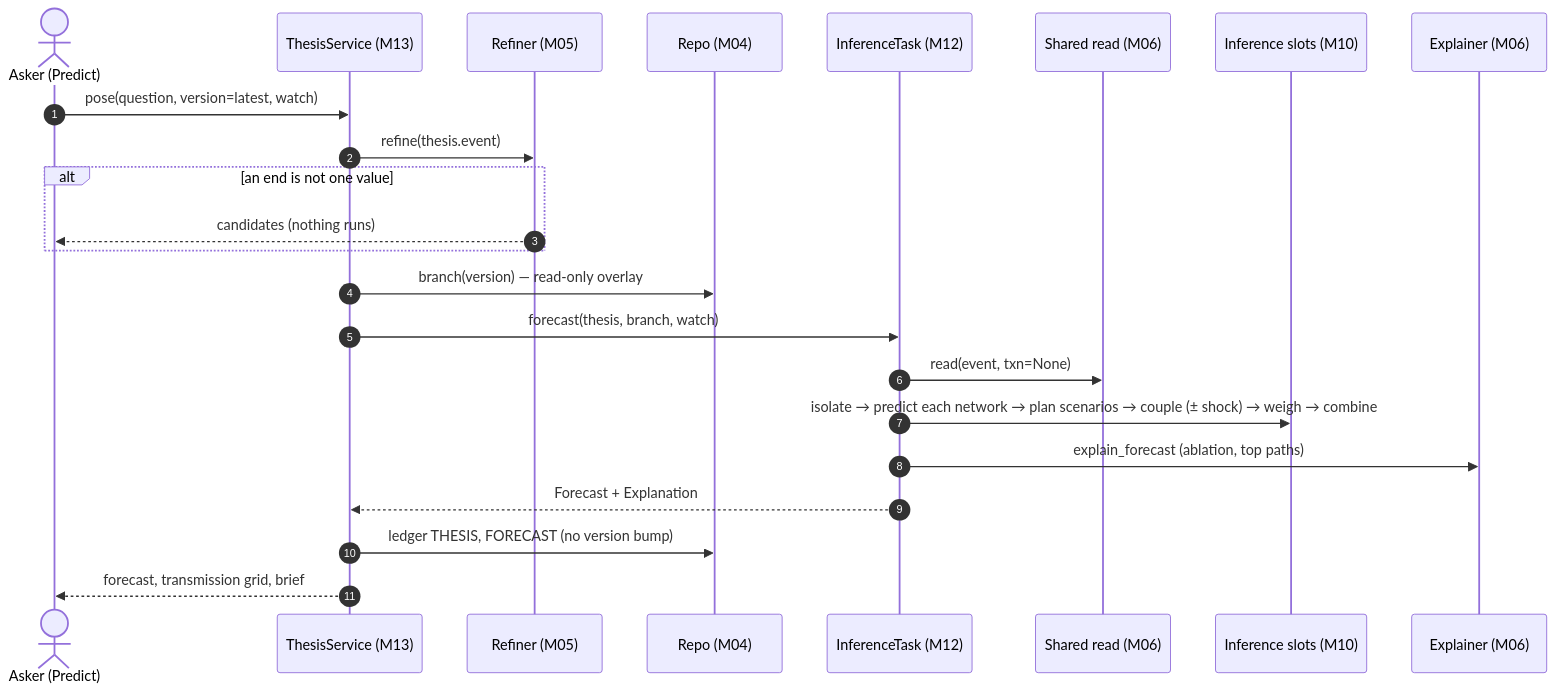
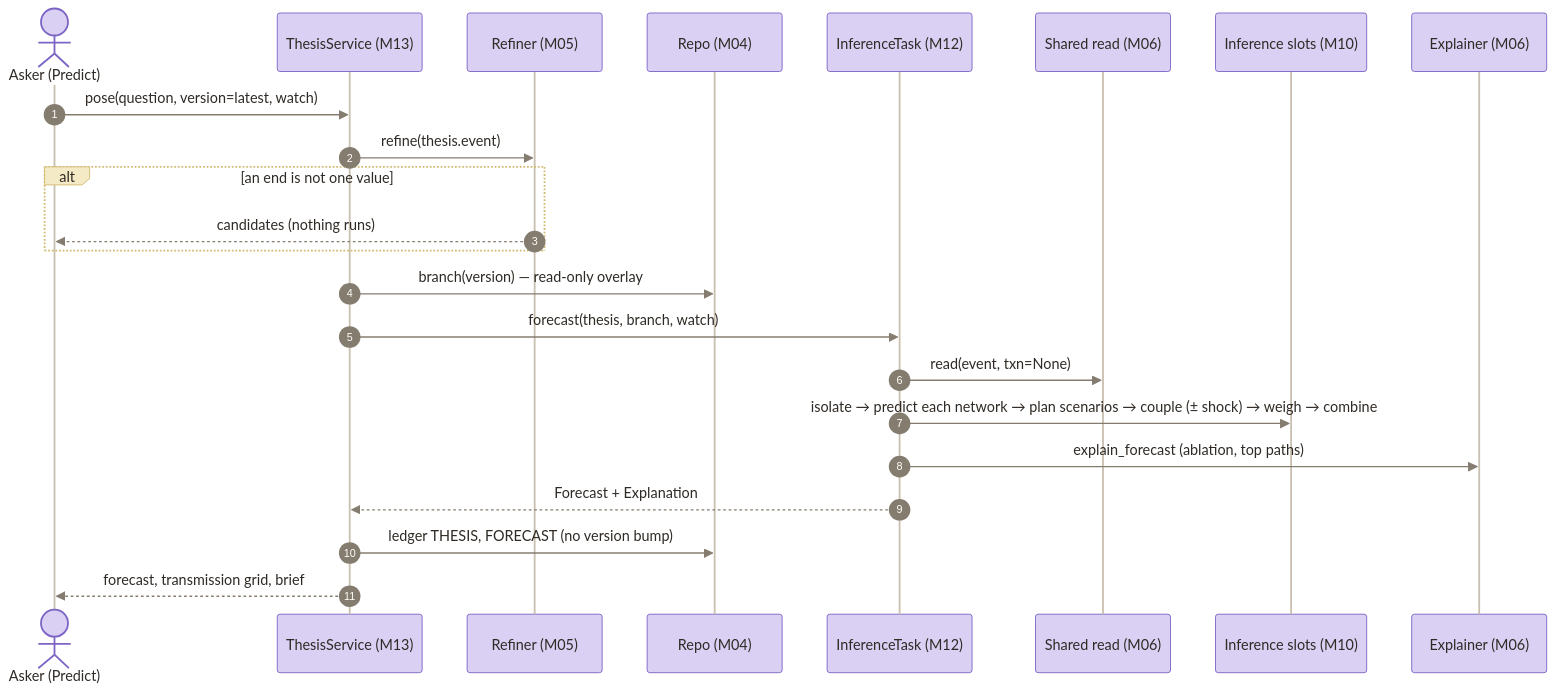
Before and after one commit to Axelrod-AI-Engineering/world-model: the diagram in docs/design/modules/M10-inference.md, drawn with Mermaid. The commit also changed 17 other files, not shown here.

First line of the commit message:
Diagrams in the app's flowchart style, with the happy path in purple; leaner design docs

````diff
--- a/docs/design/modules/M10-inference.md
+++ b/docs/design/modules/M10-inference.md
@@ -56,26 +56,29 @@
 ```mermaid
+%% style: begin (scripts/docs/style_mermaid.py)
+%%{init: {"theme": "base", "themeVariables": {"fontSize": "14px", "primaryColor": "#FFFDF8", "primaryBorderColor": "#C9BFAF", "primaryTextColor": "#2F2A25", "lineColor": "#857C70", "textColor": "#2F2A25", "actorBkg": "#DAD0F4", "actorBorder": "#7C64C4", "actorLineColor": "#C9BFAF", "signalColor": "#857C70", "labelBoxBkgColor": "#F5EAC6", "labelBoxBorderColor": "#D2BB72", "noteBkgColor": "#F5EAC6", "noteBorderColor": "#D2BB72", "activationBkgColor": "#E1ECDF", "sequenceNumberColor": "#FFFDF8"}}}%%
+%% style: end
 sequenceDiagram
   autonumber
   actor A as Asker (Predict)
   participant TS as ThesisService (M13)
   participant RF as Refiner (M05)
   participant R as Repo (M04)
   participant IT as InferenceTask (M12)
   participant SR as Shared read (M06)
   participant INF as Inference slots (M10)
   participant EX as Explainer (M06)
 
   A->>TS: pose(question, version=latest, watch)
   TS->>RF: refine(thesis.event)
   alt an end is not one value
     RF-->>A: candidates (nothing runs)
   end
   TS->>R: branch(version) — read-only overlay
   TS->>IT: forecast(thesis, branch, watch)
   IT->>SR: read(event, txn=None)
   IT->>INF: isolate → predict each network → plan scenarios → couple (± shock) → weigh → combine
   IT->>EX: explain_forecast (ablation, top paths)
   IT-->>TS: Forecast + Explanation
   TS->>R: ledger THESIS, FORECAST (no version bump)
   TS-->>A: forecast, transmission grid, brief
 ```
````
